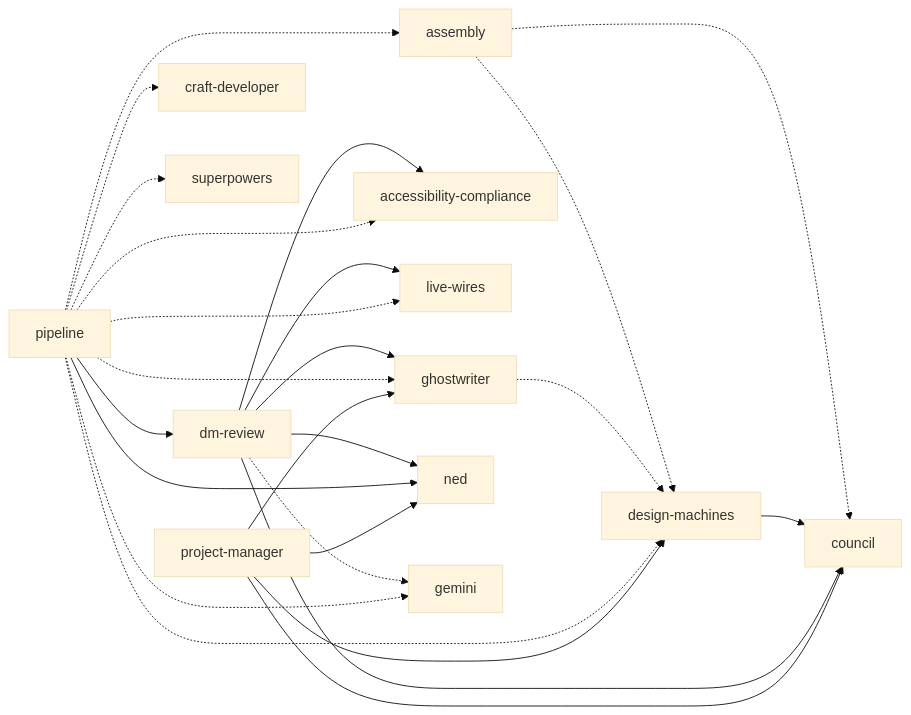
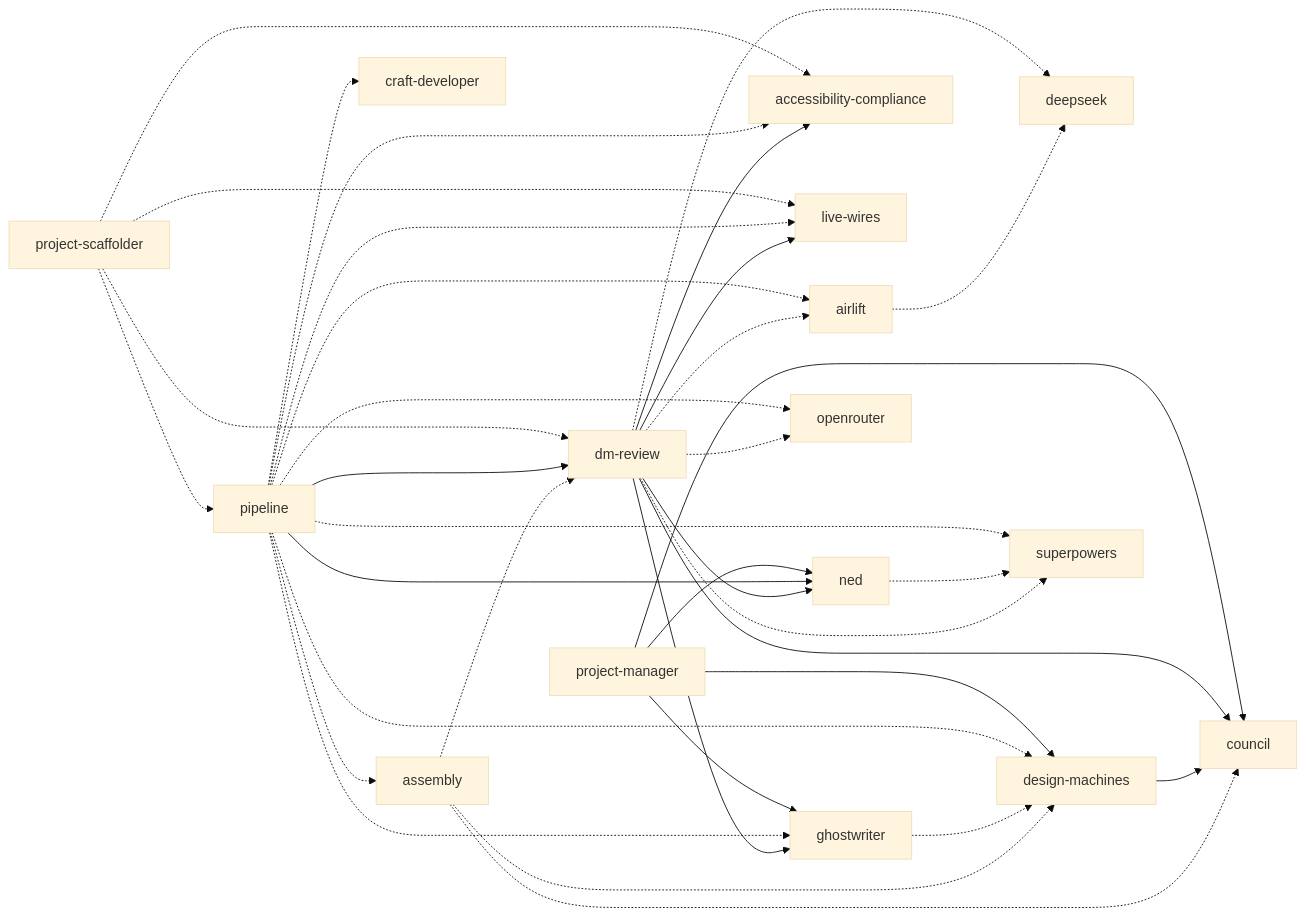
The diagram in docs/dependency-graph.md (Design-Machines-Studio/depot), drawn with Mermaid (base theme) before and after one commit. The commit also changed 26 other files, not shown here.

````diff
--- a/docs/dependency-graph.md
+++ b/docs/dependency-graph.md
@@ -5,27 +5,38 @@
 ```mermaid
 graph LR
+  airlift -.-> deepseek
   assembly -.-> council
   assembly -.-> design-machines
+  assembly -.-> dm-review
   design-machines --> council
   dm-review --> accessibility-compliance
   dm-review --> live-wires
   dm-review --> ghostwriter
   dm-review --> council
   dm-review --> ned
-  dm-review -.-> gemini
+  dm-review -.-> deepseek
+  dm-review -.-> superpowers
+  dm-review -.-> airlift
+  dm-review -.-> openrouter
   ghostwriter -.-> design-machines
+  ned -.-> superpowers
   pipeline --> dm-review
   pipeline --> ned
   pipeline -.-> design-machines
   pipeline -.-> assembly
   pipeline -.-> live-wires
   pipeline -.-> craft-developer
   pipeline -.-> accessibility-compliance
   pipeline -.-> ghostwriter
   pipeline -.-> superpowers
-  pipeline -.-> gemini
+  pipeline -.-> airlift
+  pipeline -.-> openrouter
   project-manager --> ned
   project-manager --> design-machines
   project-manager --> ghostwriter
   project-manager --> council
+  project-scaffolder -.-> live-wires
+  project-scaffolder -.-> dm-review
+  project-scaffolder -.-> pipeline
+  project-scaffolder -.-> accessibility-compliance
 ```
````
